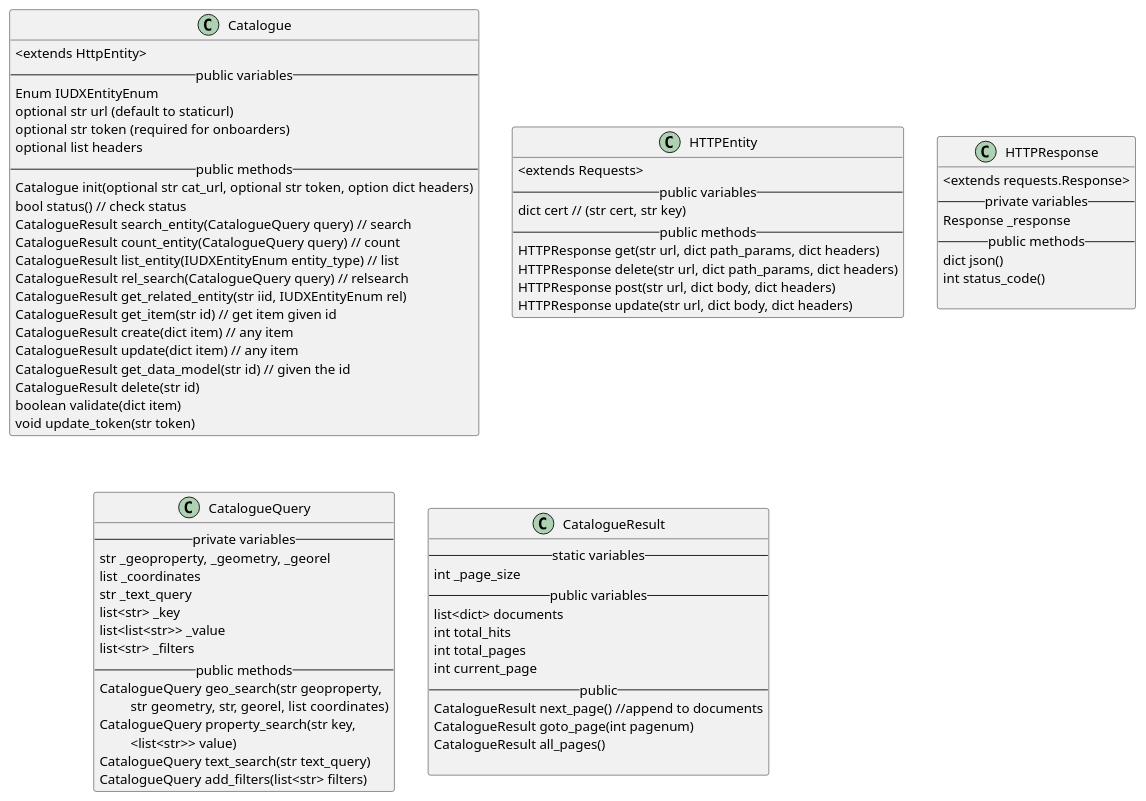
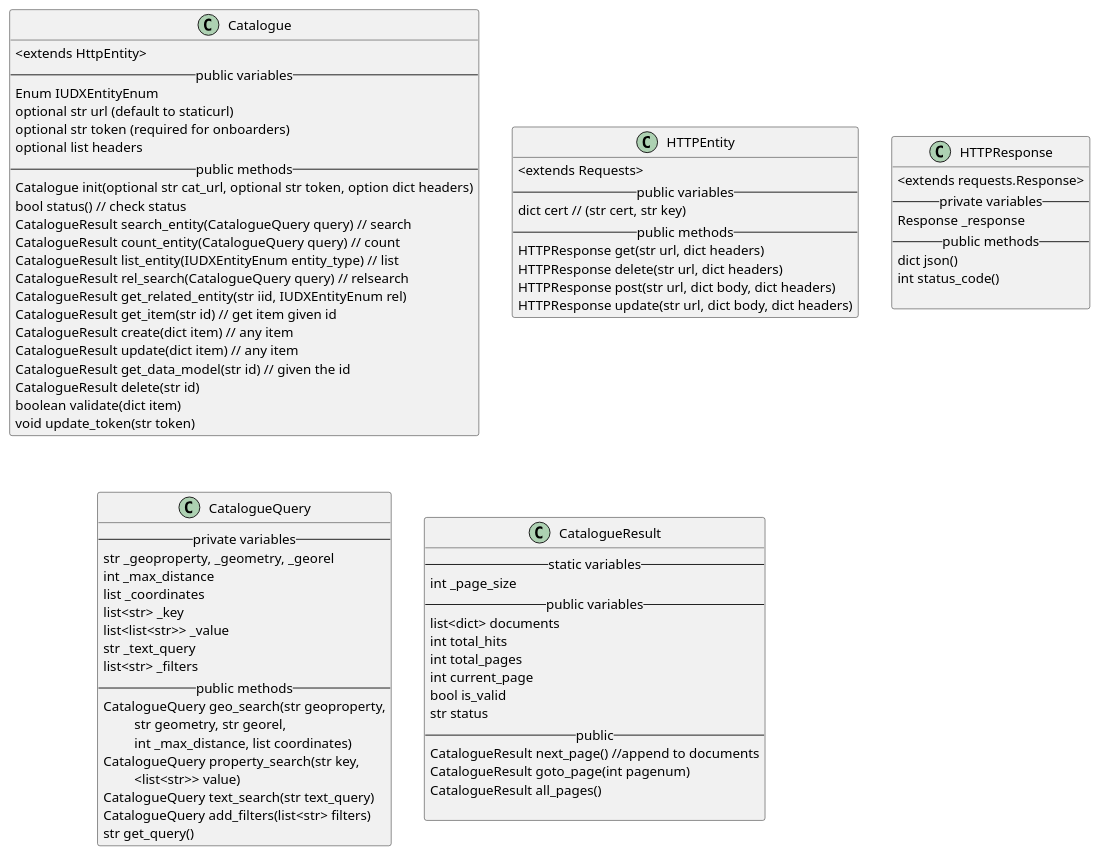
The diagram in docs/diagrams/CatalogueEntity.puml (datakaveri/iudx-python-sdk), drawn with PlantUML before and after one commit. The commit also changed 10 other files, not shown here.

```diff
--- a/docs/diagrams/CatalogueEntity.puml
+++ b/docs/diagrams/CatalogueEntity.puml
@@ -1,83 +1,88 @@
 @startuml
 class Catalogue  {
     <extends HttpEntity>
   -- public variables --
   Enum IUDXEntityEnum
   optional str url (default to staticurl)
   optional str token (required for onboarders)
   optional list headers
   -- public methods --
   Catalogue init(optional str cat_url, optional str token, option dict headers)
   bool status() // check status
   CatalogueResult search_entity(CatalogueQuery query) // search
   CatalogueResult count_entity(CatalogueQuery query) // count
   CatalogueResult list_entity(IUDXEntityEnum entity_type) // list
   CatalogueResult rel_search(CatalogueQuery query) // relsearch
   CatalogueResult get_related_entity(str iid, IUDXEntityEnum rel)
   CatalogueResult get_item(str id) // get item given id
   CatalogueResult create(dict item) // any item
   CatalogueResult update(dict item) // any item
   CatalogueResult get_data_model(str id) // given the id
   CatalogueResult delete(str id)
   boolean validate(dict item)
   void update_token(str token)
 }
 
 class HTTPEntity  {
   <extends Requests>
   -- public variables --
   dict cert // (str cert, str key)
   -- public methods --
-  HTTPResponse get(str url, dict path_params, dict headers)
-  HTTPResponse delete(str url, dict path_params, dict headers)
+  HTTPResponse get(str url, dict headers)
+  HTTPResponse delete(str url, dict headers)
   HTTPResponse post(str url, dict body, dict headers)
   HTTPResponse update(str url, dict body, dict headers)
 }
 
 class HTTPResponse {
   <extends requests.Response>
   -- private variables --
   Response _response
   -- public methods --
   dict json()
   int status_code()
 
 }
 
 
 class CatalogueQuery {
     -- private variables--
     str _geoproperty, _geometry, _georel
+    int _max_distance
     list _coordinates
-    str _text_query
     list<str> _key
     list<list<str>> _value
+    str _text_query
     list<str> _filters
     -- public methods --
     CatalogueQuery geo_search(str geoproperty,
-        \t str geometry, str, georel, list coordinates)
+        \t str geometry, str georel, 
+        \t int _max_distance, list coordinates)
     CatalogueQuery property_search(str key,
                         \t <list<str>> value)
     CatalogueQuery text_search(str text_query)
     CatalogueQuery add_filters(list<str> filters)
+    str get_query()
 }
 
 
 class CatalogueResult {
     -- static variables --
     int _page_size
     -- public variables --
     list<dict> documents
     int total_hits
     int total_pages
     int current_page
+    bool is_valid
+    str status
     -- public --
     CatalogueResult next_page() //append to documents
     CatalogueResult goto_page(int pagenum)
     CatalogueResult all_pages()
 
 }
 
 
 
 @enduml
```
